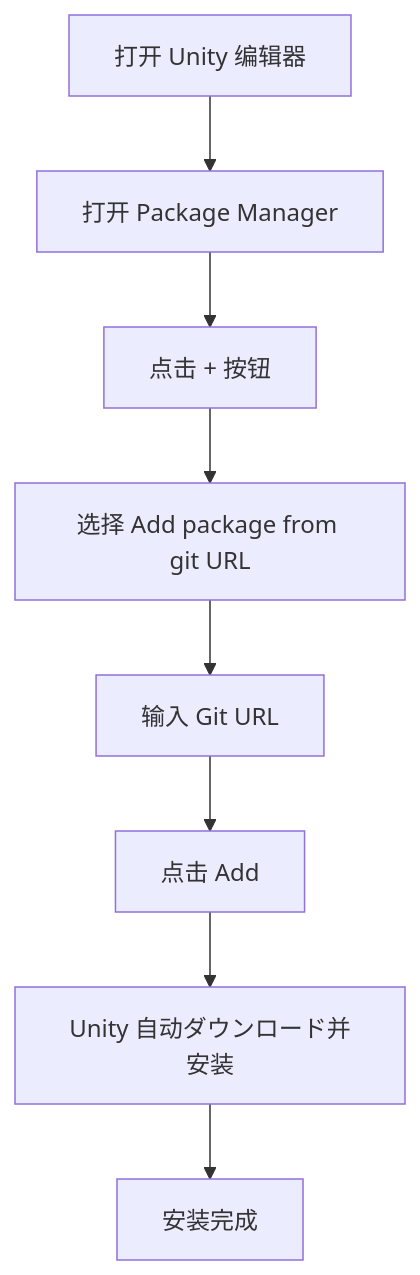
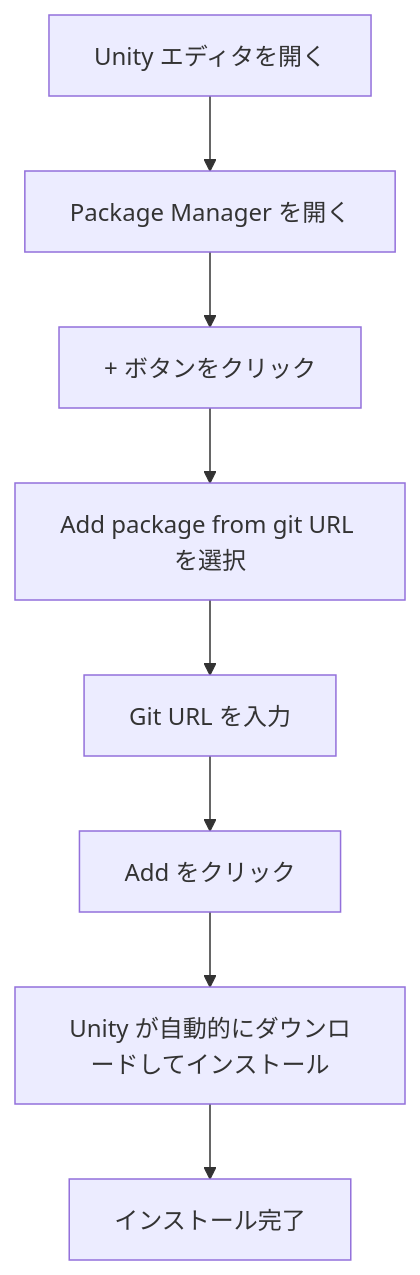
Before and after one commit to AlianBlank/GameFrameX.Docs: the diagram in docs/ja/client/unity/component/config/02.installation.md, drawn with Mermaid. The commit also changed other lines of this file and 320 other files, not shown here.

````diff
--- a/docs/ja/client/unity/component/config/02.installation.md
+++ b/docs/ja/client/unity/component/config/02.installation.md
@@ -60,10 +60,10 @@
 ```mermaid
 flowchart TD
-    A[打开 Unity 编辑器] --> B[打开 Package Manager]
-    B --> C[点击 + 按钮]
-    C --> D[选择 Add package from git URL]
-    D --> E[输入 Git URL]
-    E --> F[点击 Add]
-    F --> G[Unity 自动ダウンロード并安装]
-    G --> H[安装完成]
+    A[Unity エディタを開く] --> B[Package Manager を開く]
+    B --> C[+ ボタンをクリック]
+    C --> D[Add package from git URL を選択]
+    D --> E[Git URL を入力]
+    E --> F[Add をクリック]
+    F --> G[Unity が自動的にダウンロードしてインストール]
+    G --> H[インストール完了]
 ```
````
